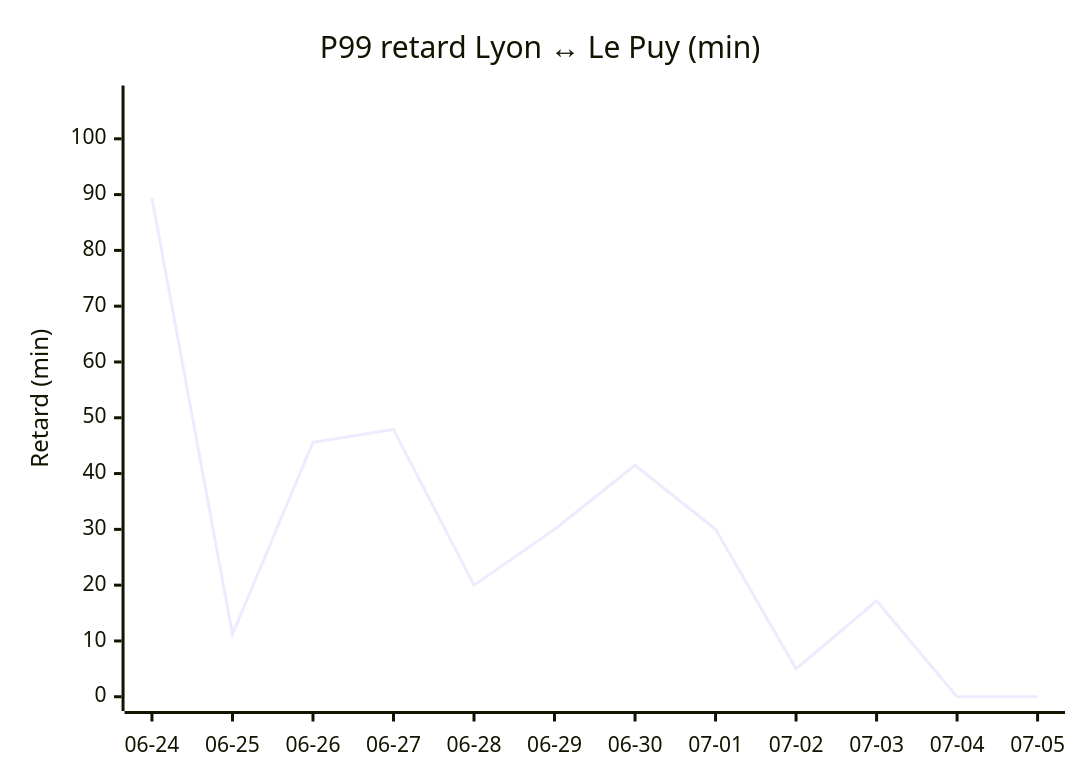
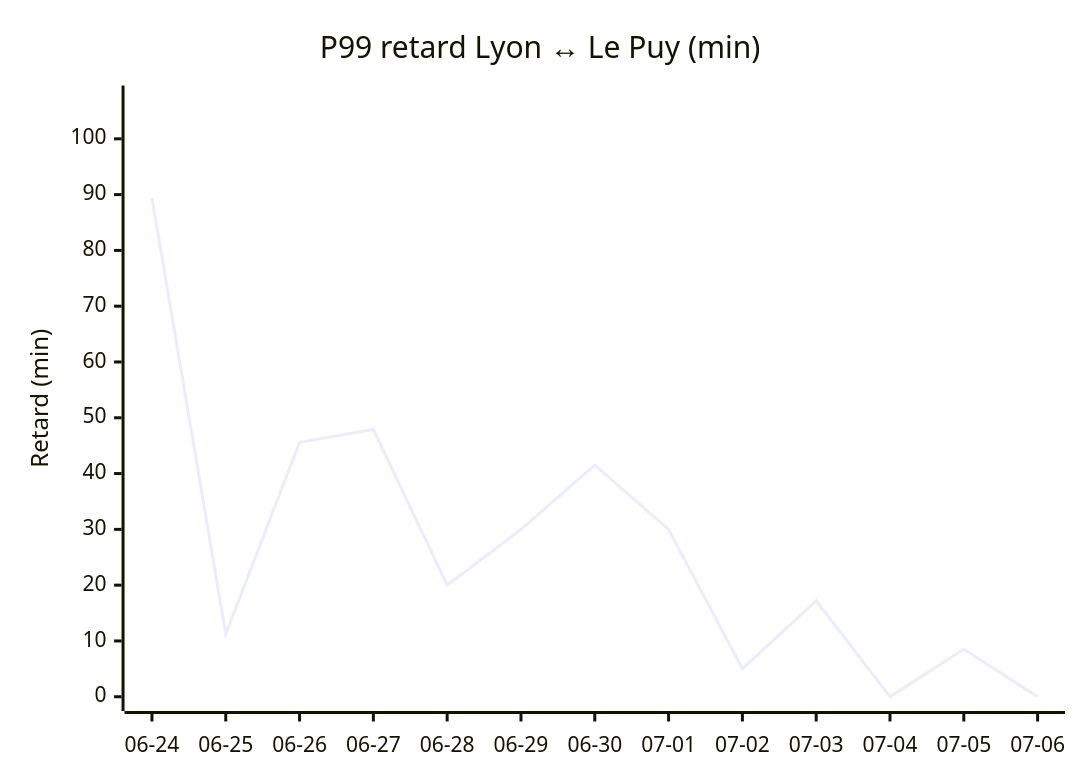
One commit to antoinerep/horaire-ter changed the fourth of 4 diagrams in STATS.md. Above: the diagram before and after it, drawn with Mermaid. The commit also changed other lines of this file and 1 other file, not shown here.

````diff
--- a/STATS.md
+++ b/STATS.md
@@ -94,7 +95,7 @@
 ```mermaid
 xychart-beta
     title "P99 retard Lyon ↔ Le Puy (min)"
-    x-axis ["06-24", "06-25", "06-26", "06-27", "06-28", "06-29", "06-30", "07-01", "07-02", "07-03", "07-04", "07-05"]
+    x-axis ["06-24", "06-25", "06-26", "06-27", "06-28", "06-29", "06-30", "07-01", "07-02", "07-03", "07-04", "07-05", "07-06"]
     y-axis "Retard (min)" 0 --> 107
-    line [89.4, 11.2, 45.6, 47.9, 20.0, 30.0, 41.5, 30.0, 5.0, 17.2, 0.0, 0.0]
+    line [89.4, 11.2, 45.6, 47.9, 20.0, 30.0, 41.5, 30.0, 5.0, 17.2, 0.0, 8.5, 0.0]
 ```
````
